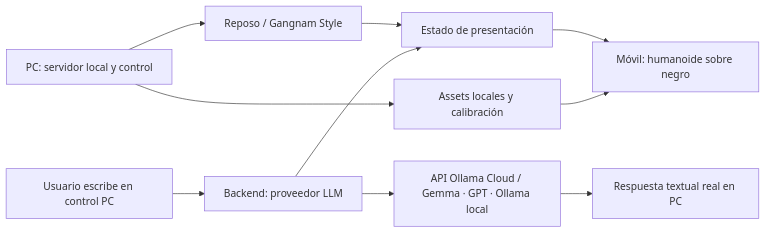
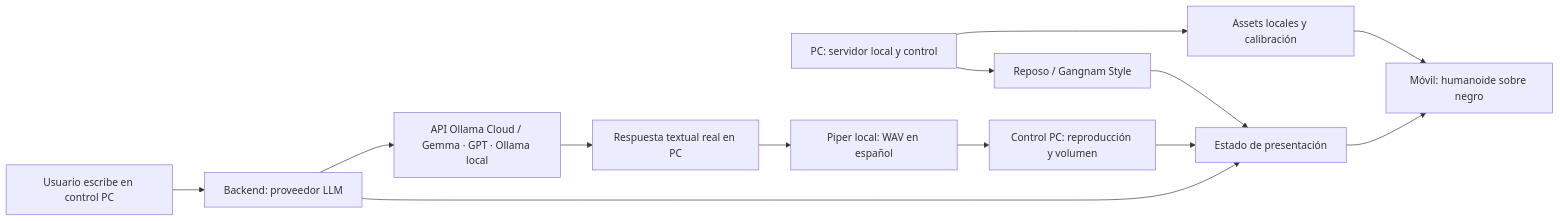
The diagram in Cortana.md (ZapataFrame/halo-cortana), drawn with Mermaid before and after one commit. The commit also changed other lines of this file and 31 other files, not shown here.

Commit message:
feat: añadir voz local de Cortana con reproducción y cancelación

````diff
--- a/Cortana.md
+++ b/Cortana.md
@@ -15,12 +15,15 @@
 ```mermaid
 flowchart LR
     PC["PC: servidor local y control"] --> A["Assets locales y calibración"]
     A --> V["Móvil: humanoide sobre negro"]
     U["Usuario escribe en control PC"] --> B["Backend: proveedor LLM"]
     B --> L["API Ollama Cloud / Gemma · GPT · Ollama local"]
     L --> R["Respuesta textual real en PC"]
+    R --> T["Piper local: WAV en español"]
+    T --> S["Control PC: reproducción y volumen"]
+    S --> E
     B --> E["Estado de presentación"]
     E --> V
     PC --> M["Reposo / Gangnam Style"]
     M --> E
 ```
````
